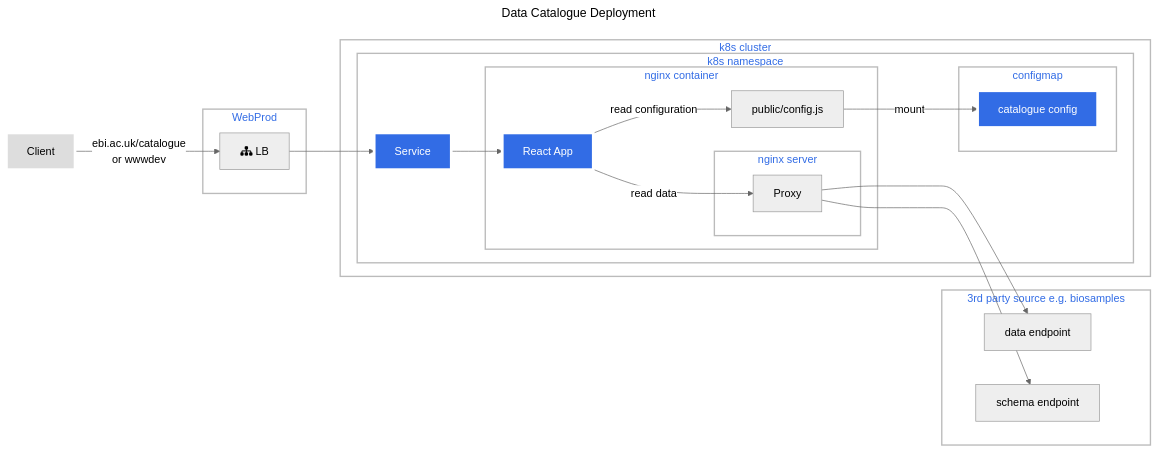
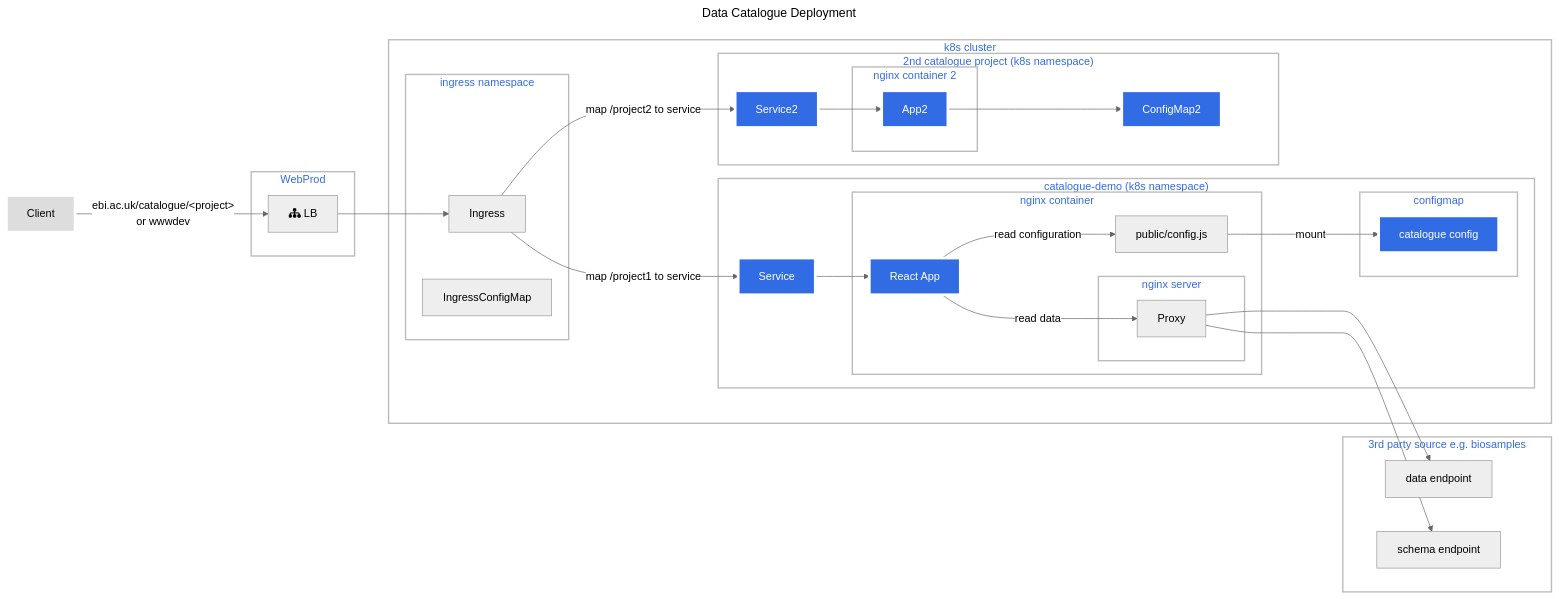
The diagram in README.md (ebi-ait/data-catalogue-frontend), drawn with Mermaid (neutral theme) before and after one commit. The commit also changed other lines of this file and 13 other files, not shown here.

````diff
--- a/README.md
+++ b/README.md
@@ -36,51 +38,71 @@
 ```mermaid
 ---
 title: Data Catalogue Deployment
 ---
-flowchart LR
+graph LR
 
-    Client --> |"ebi.ac.uk/catalogue\nor wwwdev"|LB
-    LB[fa:fa-sitemap LB]  --> Service
-    Service --> App
+    Client --> |"ebi.ac.uk/catalogue/&lt;project&gt;\nor wwwdev"|LB
+    LB[fa:fa-sitemap LB]  --> Ingress
     
     subgraph WebProd
         LB
     end
 
     subgraph k8s cluster
-        subgraph k8s namespace
-            Service
+        subgraph ingress namespace
+            Ingress
+            IngressConfigMap
+        end
+        subgraph "catalogue-demo (k8s namespace)"
+            Service --> App
+
             subgraph nginx container
                 
                 ConfigFile[public/config.js]
                 App[React App] -->|read configuration|ConfigFile
                 subgraph nginx server
                     P[Proxy]
                 end
                 App --> |read data| P
             end
 
             subgraph configmap
                 ConfigFile --> | mount | ConfigMap[catalogue config]
             end
+            Ingress --> | map /project1 to service|Service
+            class App,Service,ConfigMap k8s;
+        end
+        subgraph "2nd catalogue project (k8s namespace)"
+            
+            ConfigMap2
+            Service2
+            Service2 --> App2
+            App2 --> ConfigMap2
+            subgraph nginx container 2
+                App2
+            end
+            
+            Ingress --> | map /project2 to service|Service2
+
+            class App2,Service2,ConfigMap2 k8s;
         end
     end
 
     subgraph 3rd party source e.g. biosamples
         DJ[data endpoint]
         SJ[schema endpoint]
         P[Proxy] -->DJ
         P[Proxy] -->SJ
     end
     
     %% styling definitions
     classDef plain fill:#ddd,stroke:#fff,stroke-width:4px,color:#000;
     classDef k8s fill:#326ce5,stroke:#fff,stroke-width:4px,color:#fff;
     classDef cluster fill:#fff,stroke:#bbb,stroke-width:2px,color:#326ce5;
     
     %% Styling application   
-    class App,Service,ConfigMap k8s;
+    
     class Client plain;
     class k8s cluster;
 
 ```
````
